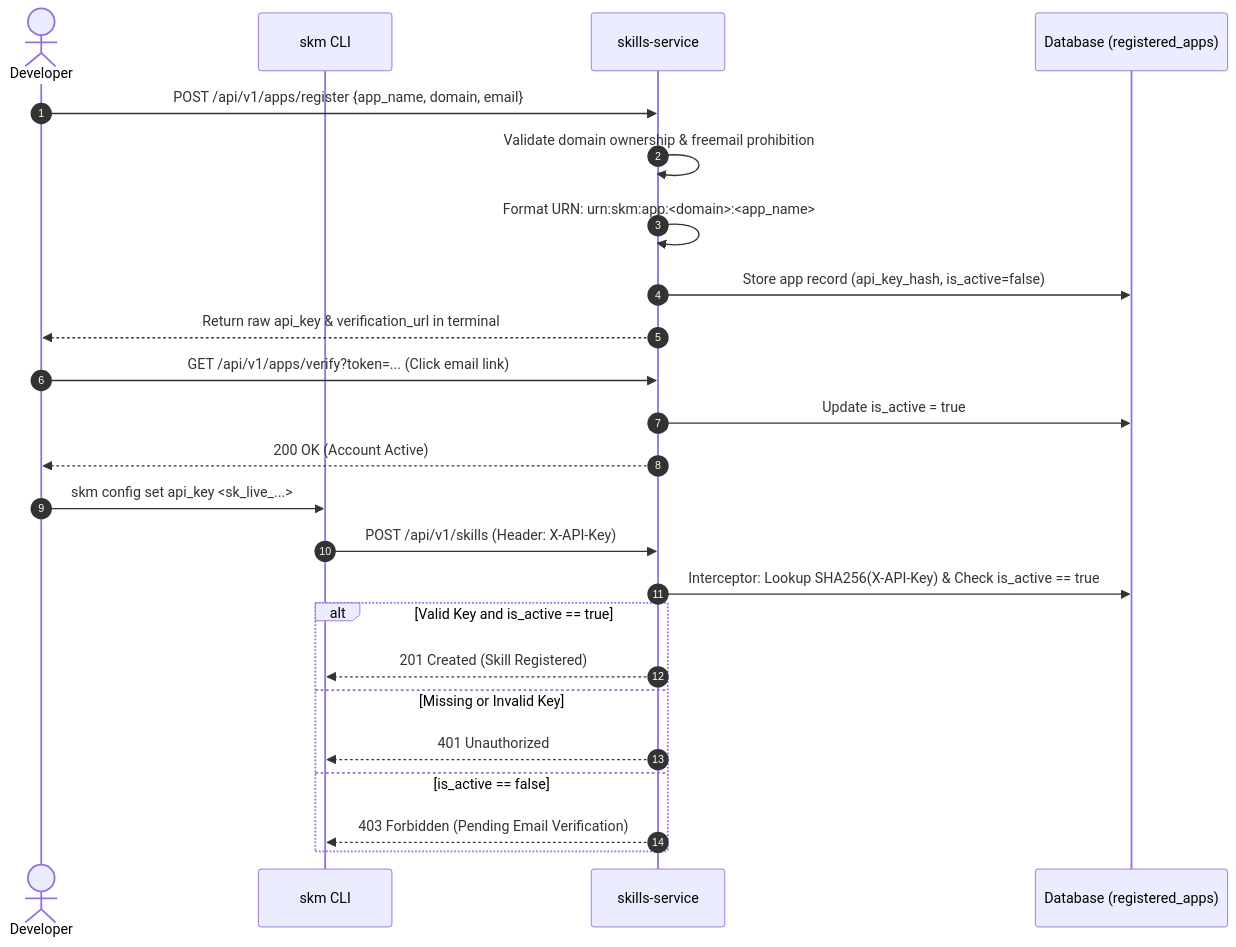
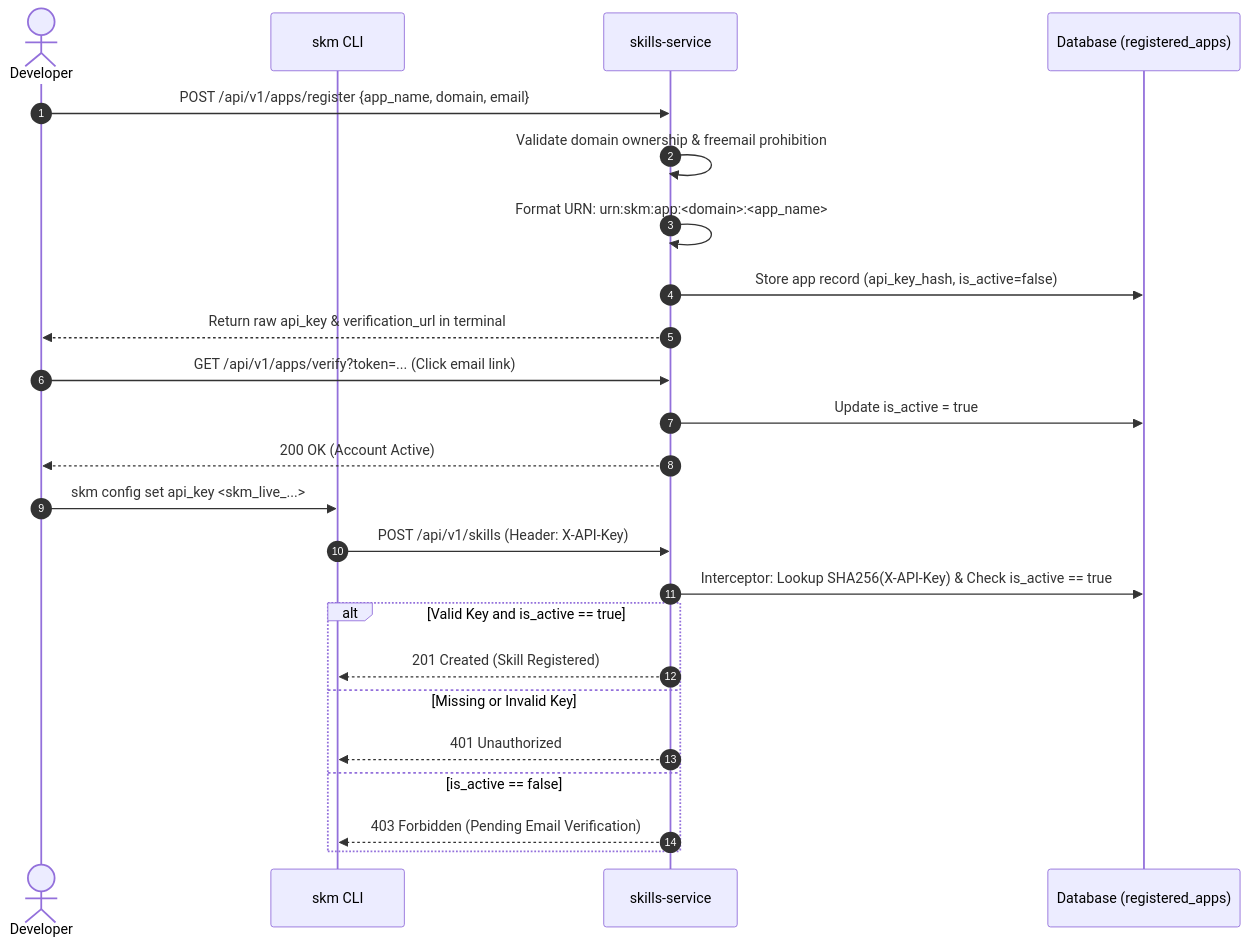
One commit to retail-cortex/skills changed the first of 2 diagrams in docs/content/cli/app_registration.md. Above: the diagram before and after it, drawn with Mermaid. The commit also changed other lines of this file and 166 other files, not shown here.

````diff
--- a/docs/content/cli/app_registration.md
+++ b/docs/content/cli/app_registration.md
@@ -121,29 +121,29 @@
 ```mermaid
 sequenceDiagram
     autonumber
     actor Dev as Developer
     participant CLI as skm CLI
     participant Server as skills-service
     participant DB as Database (registered_apps)
 
     Dev->>Server: POST /api/v1/apps/register {app_name, domain, email}
     Server->>Server: Validate domain ownership & freemail prohibition
     Server->>Server: Format URN: urn:skm:app:<domain>:<app_name>
     Server->>DB: Store app record (api_key_hash, is_active=false)
     Server-->>Dev: Return raw api_key & verification_url in terminal
 
     Dev->>Server: GET /api/v1/apps/verify?token=... (Click email link)
     Server->>DB: Update is_active = true
     Server-->>Dev: 200 OK (Account Active)
 
-    Dev->>CLI: skm config set api_key <sk_live_...>
+    Dev->>CLI: skm config set api_key <skm_live_...>
     CLI->>Server: POST /api/v1/skills (Header: X-API-Key)
     Server->>DB: Interceptor: Lookup SHA256(X-API-Key) & Check is_active == true
     alt Valid Key and is_active == true
         Server-->>CLI: 201 Created (Skill Registered)
     else Missing or Invalid Key
         Server-->>CLI: 401 Unauthorized
     else is_active == false
         Server-->>CLI: 403 Forbidden (Pending Email Verification)
     end
 ```
````
